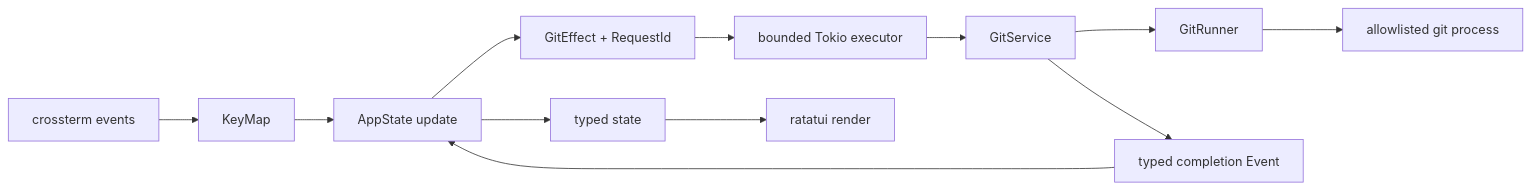
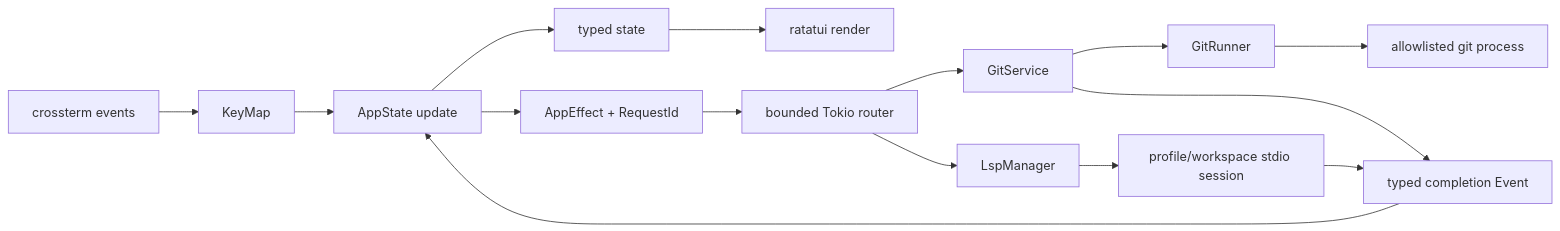
Before and after one commit to karanabe/chronogit: the diagram in docs/src/content/docs/developer/architecture.md, drawn with Mermaid. The commit also changed other lines of this file and 61 other files, not shown here.

````diff
--- a/docs/src/content/docs/developer/architecture.md
+++ b/docs/src/content/docs/developer/architecture.md
@@ -14,14 +14,17 @@
 ```mermaid
 flowchart LR
     Terminal["crossterm events"] --> KeyMap
     KeyMap --> Update["AppState update"]
     Update --> State["typed state"]
-    Update --> Effect["GitEffect + RequestId"]
-    Effect --> Executor["bounded Tokio executor"]
+    Update --> Effect["AppEffect + RequestId"]
+    Effect --> Executor["bounded Tokio router"]
     Executor --> Service["GitService"]
+    Executor --> Manager["LspManager"]
+    Manager --> LSP["profile/workspace stdio session"]
+    LSP --> Event
     Service --> Runner["GitRunner"]
     Runner --> Git["allowlisted git process"]
     Service --> Event["typed completion Event"]
     Event --> Update
     State --> Render["ratatui render"]
 ```
````
